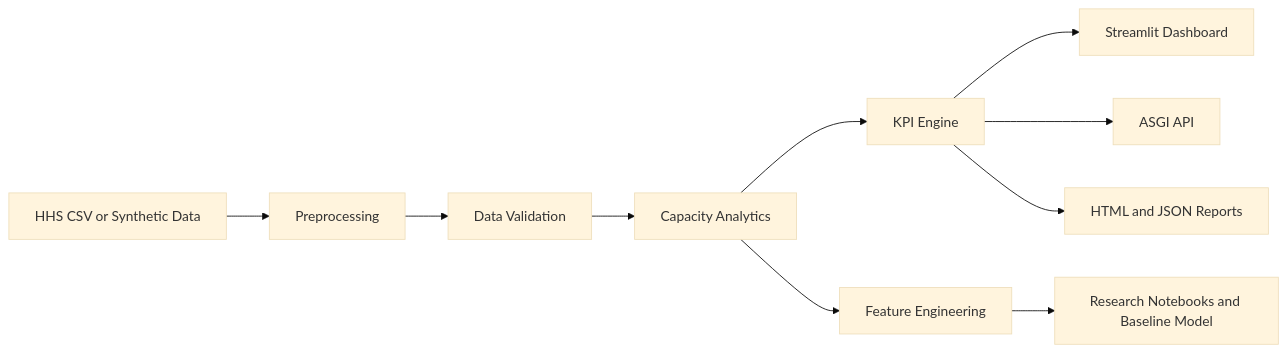
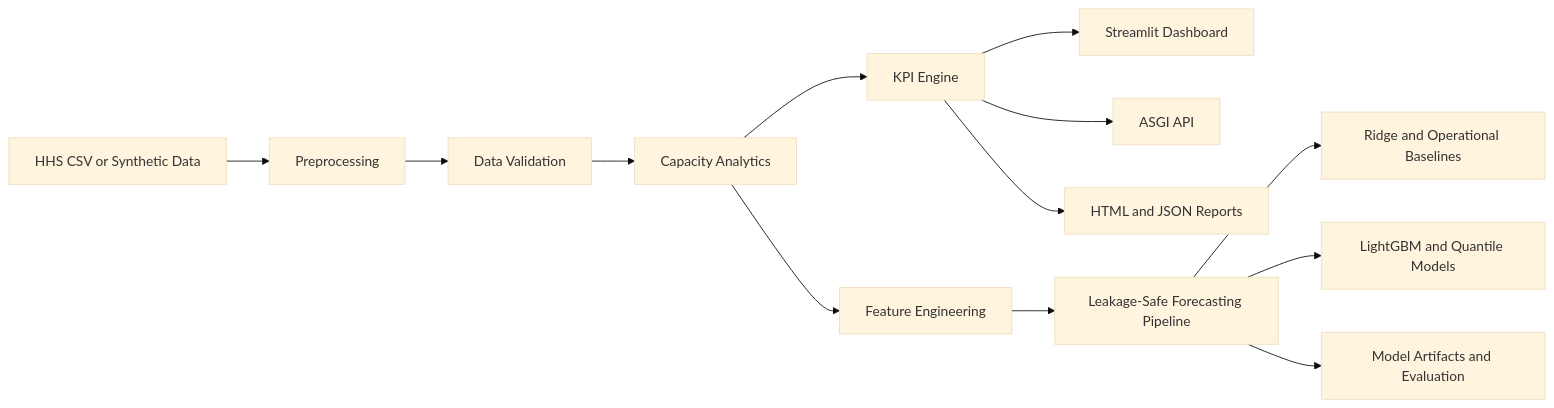
The diagram in README.md (ananyadas1803git/system-capacity-and-careload-analytics-for-unaccompanied-children), drawn with Mermaid (base theme) before and after one commit. The commit also changed other lines of this file and 11 other files, not shown here.

````diff
--- a/README.md
+++ b/README.md
@@ -84,12 +86,15 @@
 ```mermaid
 flowchart LR
     A[HHS CSV or Synthetic Data] --> B[Preprocessing]
     B --> C[Data Validation]
     C --> D[Capacity Analytics]
     D --> E[KPI Engine]
     D --> F[Feature Engineering]
     E --> G[Streamlit Dashboard]
     E --> H[ASGI API]
     E --> I[HTML and JSON Reports]
-    F --> J[Research Notebooks and Baseline Model]
+    F --> J[Leakage-Safe Forecasting Pipeline]
+    J --> K[Ridge and Operational Baselines]
+    J --> L[LightGBM and Quantile Models]
+    J --> M[Model Artifacts and Evaluation]
 ```
````
